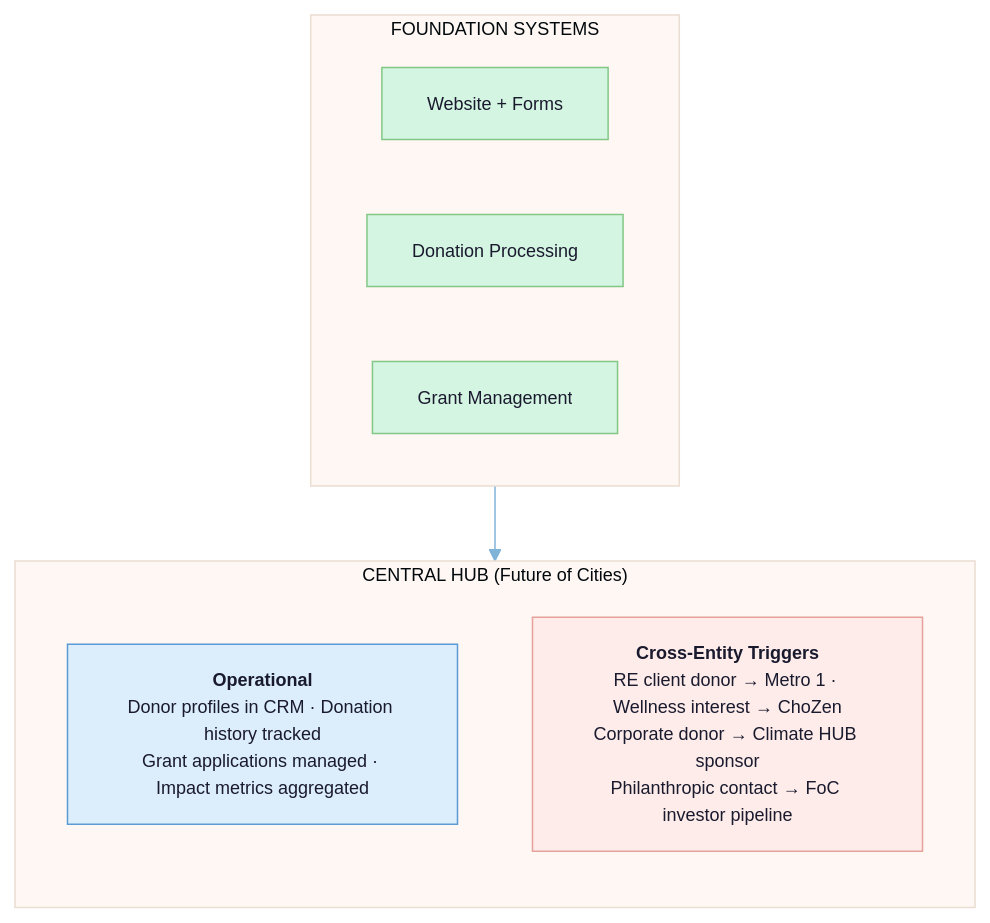
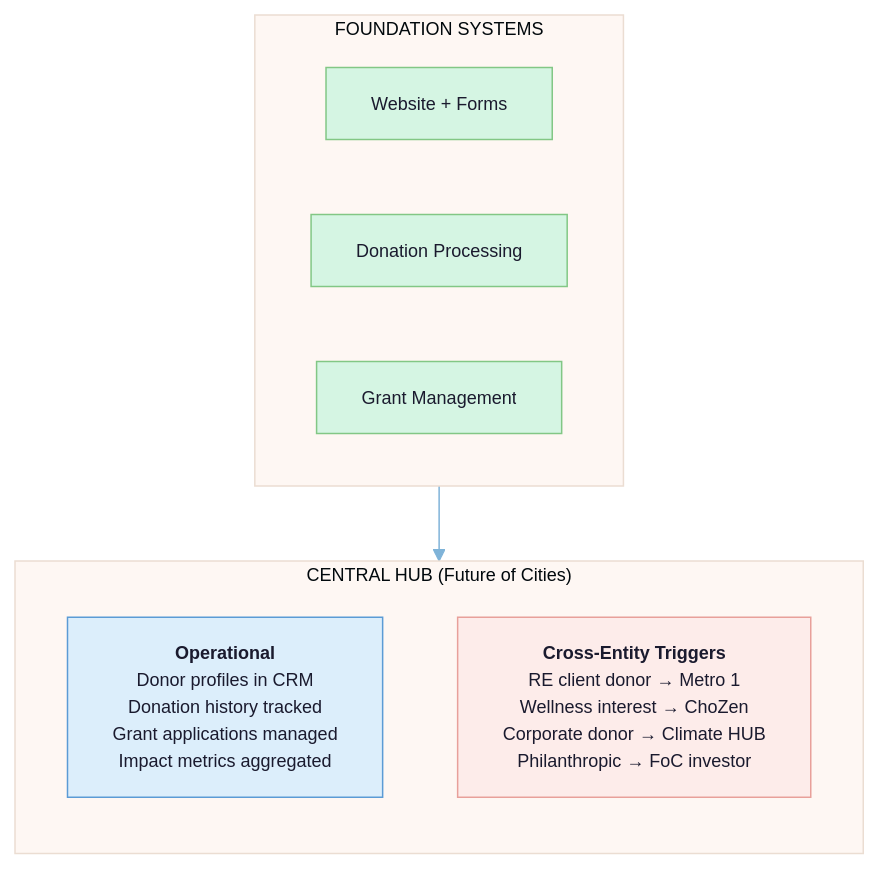
Before and after one commit to Light-Brands/qie: diagram 12 of 30 in legal-vault/proposals/cho-ventures-master-project-plan-2026-02-25.md, drawn with Mermaid. The commit also changed other lines of this file, not shown here.

First line of the commit message:
Fix Mermaid diagram text overflow: break long node labels into shorter lines

````diff
--- a/legal-vault/proposals/cho-ventures-master-project-plan-2026-02-25.md
+++ b/legal-vault/proposals/cho-ventures-master-project-plan-2026-02-25.md
@@ -1028,22 +1028,22 @@
 ```mermaid
 %%{init: {'theme': 'base', 'themeVariables': {'primaryColor': '#DCEEFB', 'primaryTextColor': '#1a1a2e', 'lineColor': '#7FB3D8', 'fontSize': '12px'}}}%%
 flowchart TB
     classDef entity fill:#D5F5E3,stroke:#82C785,color:#1a1a2e
     classDef hub fill:#DCEEFB,stroke:#5B9BD5,color:#1a1a2e
     classDef trigger fill:#FDECEA,stroke:#E8A09A,color:#1a1a2e
 
     subgraph FOUND["FOUNDATION SYSTEMS"]
         direction LR
         WEB["Website + Forms"]:::entity
         DONATE["Donation Processing"]:::entity
         GRANT["Grant Management"]:::entity
     end
 
     subgraph HUB["CENTRAL HUB (Future of Cities)"]
         direction TB
-        OPS["<b>Operational</b><br/>Donor profiles in CRM · Donation history tracked<br/>Grant applications managed · Impact metrics aggregated"]:::hub
-        CROSS["<b>Cross-Entity Triggers</b><br/>RE client donor → Metro 1 · Wellness interest → ChoZen<br/>Corporate donor → Climate HUB sponsor<br/>Philanthropic contact → FoC investor pipeline"]:::trigger
+        OPS["<b>Operational</b><br/>Donor profiles in CRM<br/>Donation history tracked<br/>Grant applications managed<br/>Impact metrics aggregated"]:::hub
+        CROSS["<b>Cross-Entity Triggers</b><br/>RE client donor → Metro 1<br/>Wellness interest → ChoZen<br/>Corporate donor → Climate HUB<br/>Philanthropic → FoC investor"]:::trigger
     end
 
     FOUND --> HUB
 ```
````
